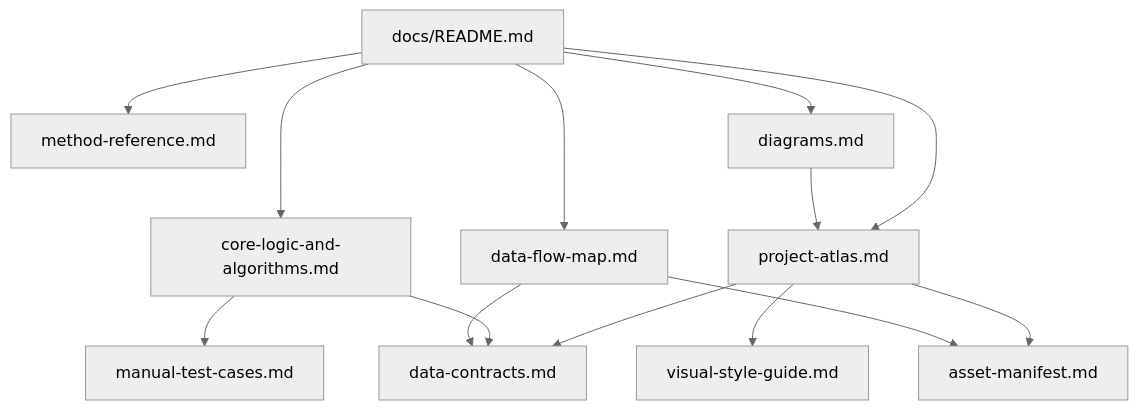
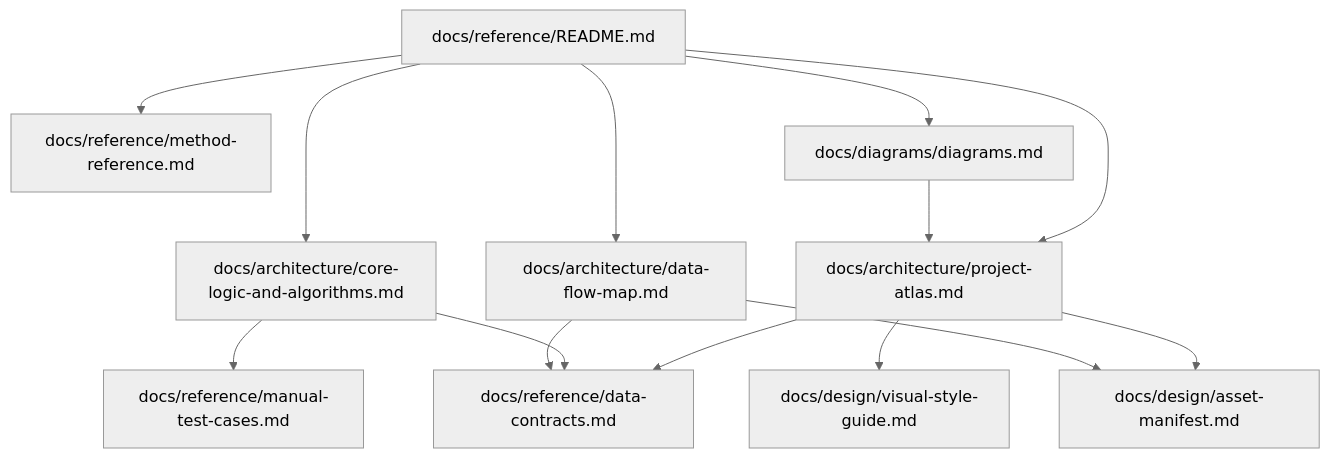
One commit to rboles84/mtgSiteWIP changed the diagram in docs/reference/spec-index.md. Above: the diagram before and after it, drawn with Mermaid (neutral theme). The commit also changed other lines of this file and 43 other files, not shown here.

````diff
--- a/docs/reference/spec-index.md
+++ b/docs/reference/spec-index.md
@@ -23,16 +23,16 @@
 ```mermaid
 flowchart TD
-  README["docs/README.md"] --> Atlas["project-atlas.md"]
-  README --> Methods["method-reference.md"]
-  README --> Logic["core-logic-and-algorithms.md"]
-  README --> Data["data-flow-map.md"]
-  README --> Diagrams["diagrams.md"]
-  Atlas --> Contracts["data-contracts.md"]
-  Atlas --> Style["visual-style-guide.md"]
-  Atlas --> Assets["asset-manifest.md"]
+  README["docs/reference/README.md"] --> Atlas["docs/architecture/project-atlas.md"]
+  README --> Methods["docs/reference/method-reference.md"]
+  README --> Logic["docs/architecture/core-logic-and-algorithms.md"]
+  README --> Data["docs/architecture/data-flow-map.md"]
+  README --> Diagrams["docs/diagrams/diagrams.md"]
+  Atlas --> Contracts["docs/reference/data-contracts.md"]
+  Atlas --> Style["docs/design/visual-style-guide.md"]
+  Atlas --> Assets["docs/design/asset-manifest.md"]
   Logic --> Contracts
-  Logic --> Tests["manual-test-cases.md"]
+  Logic --> Tests["docs/reference/manual-test-cases.md"]
   Data --> Contracts
   Data --> Assets
   Diagrams --> Atlas
 ```
````
